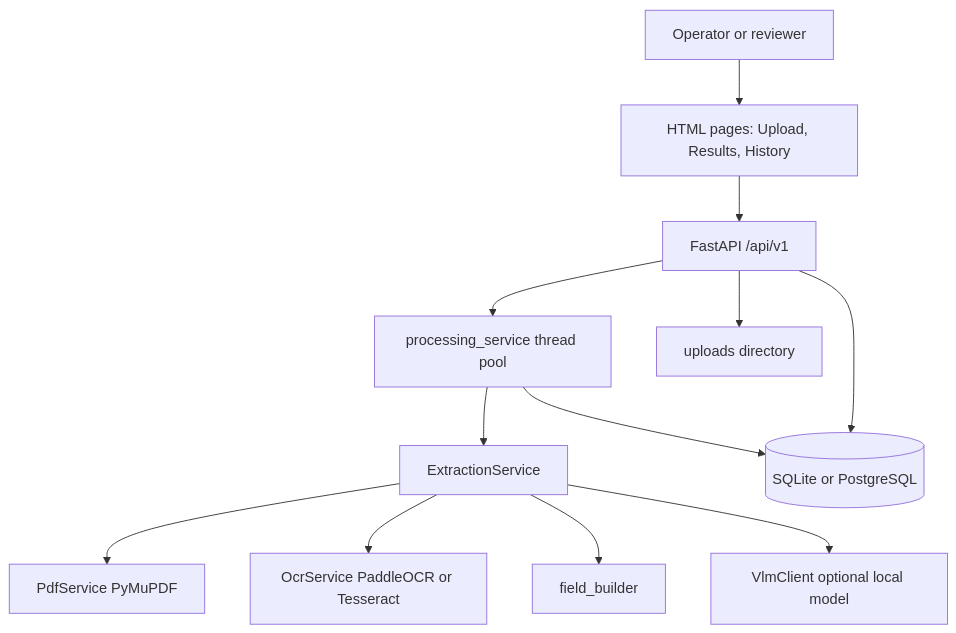
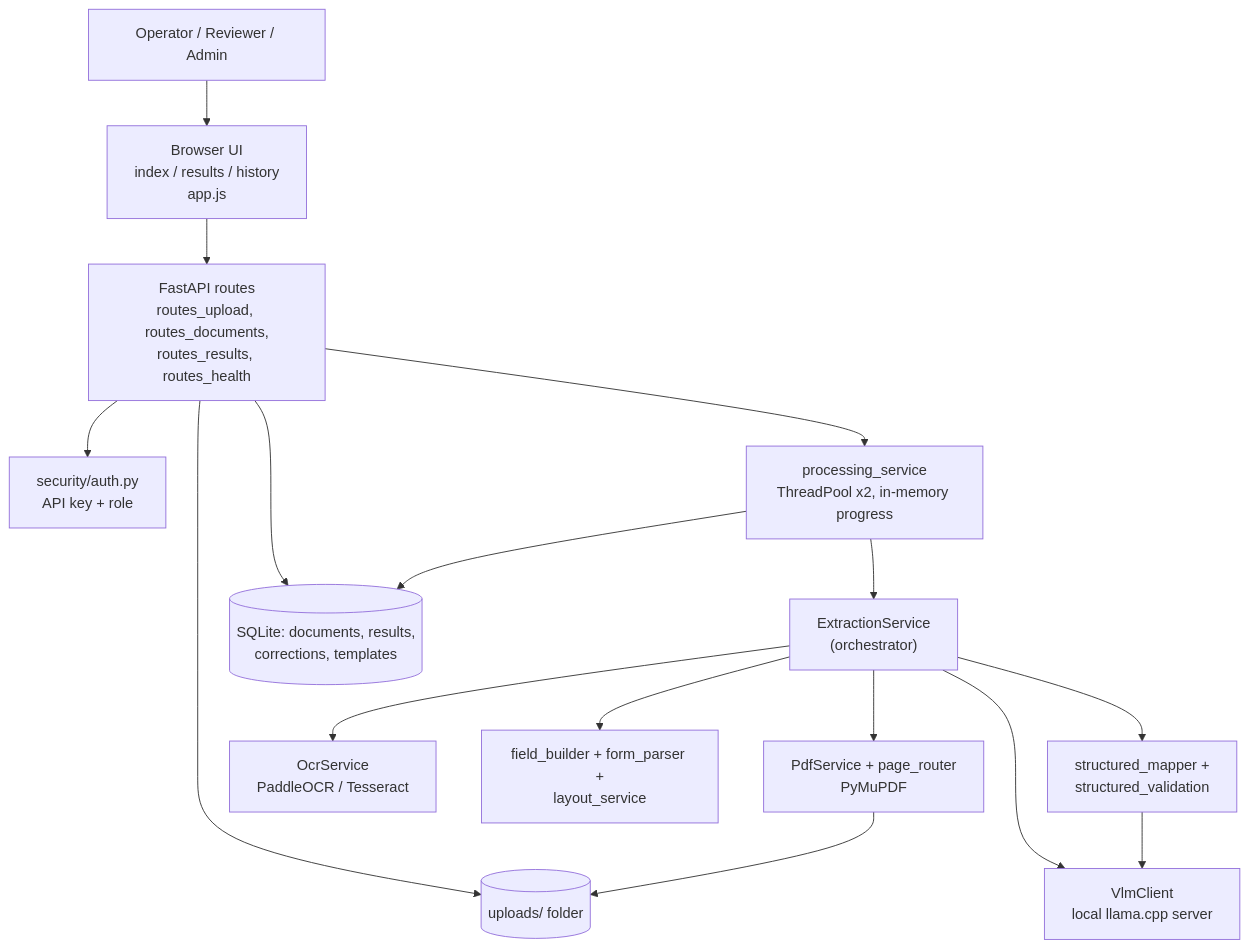
Before and after one commit to BCSS-Nandeep/CHARGE_SHEET_OCR: the first of 4 diagrams in CHARGE_SHEET_OCR-application-analysis.md, drawn with Mermaid. The commit also changed other lines of this file, not shown here.

Commit message:
Implement feature X to enhance user experience and optimize performance

````diff
--- a/CHARGE_SHEET_OCR-application-analysis.md
+++ b/CHARGE_SHEET_OCR-application-analysis.md
@@ -125,26 +124,29 @@
 ```mermaid
 flowchart TD
-    USER[Operator or reviewer]
-    UI[HTML pages: Upload, Results, History]
-    API[FastAPI /api/v1]
-    PROC[processing_service thread pool]
-    EXT[ExtractionService]
-    PDF[PdfService PyMuPDF]
-    OCR[OcrService PaddleOCR or Tesseract]
-    FIELDS[field_builder]
-    VLM[VlmClient optional local model]
-    DB[(SQLite or PostgreSQL)]
-    FILES[uploads directory]
-
-    USER --> UI
-    UI --> API
-    API --> FILES
+    USER[Operator / Reviewer / Admin]
+    BROWSER["Browser UI<br/>index / results / history<br/>app.js"]
+    API["FastAPI routes<br/>routes_upload, routes_documents,<br/>routes_results, routes_health"]
+    AUTH["security/auth.py<br/>API key + role"]
+    PROC["processing_service<br/>ThreadPool x2, in-memory progress"]
+    EXT["ExtractionService<br/>(orchestrator)"]
+    PDF["PdfService + page_router<br/>PyMuPDF"]
+    OCR["OcrService<br/>PaddleOCR / Tesseract"]
+    VLM["VlmClient<br/>local llama.cpp server"]
+    FB["field_builder + form_parser +<br/>layout_service"]
+    SM["structured_mapper +<br/>structured_validation"]
+    DB[("SQLite: documents, results,<br/>corrections, templates")]
+    FS[("uploads/ folder")]
+    USER --> BROWSER --> API
+    API --> AUTH
     API --> DB
-    API --> PROC
-    PROC --> EXT
+    API --> FS
+    API --> PROC --> EXT
     EXT --> PDF
     EXT --> OCR
-    EXT --> FIELDS
     EXT --> VLM
+    EXT --> FB
+    EXT --> SM
+    SM --> VLM
     PROC --> DB
+    PDF --> FS
 ```
````
